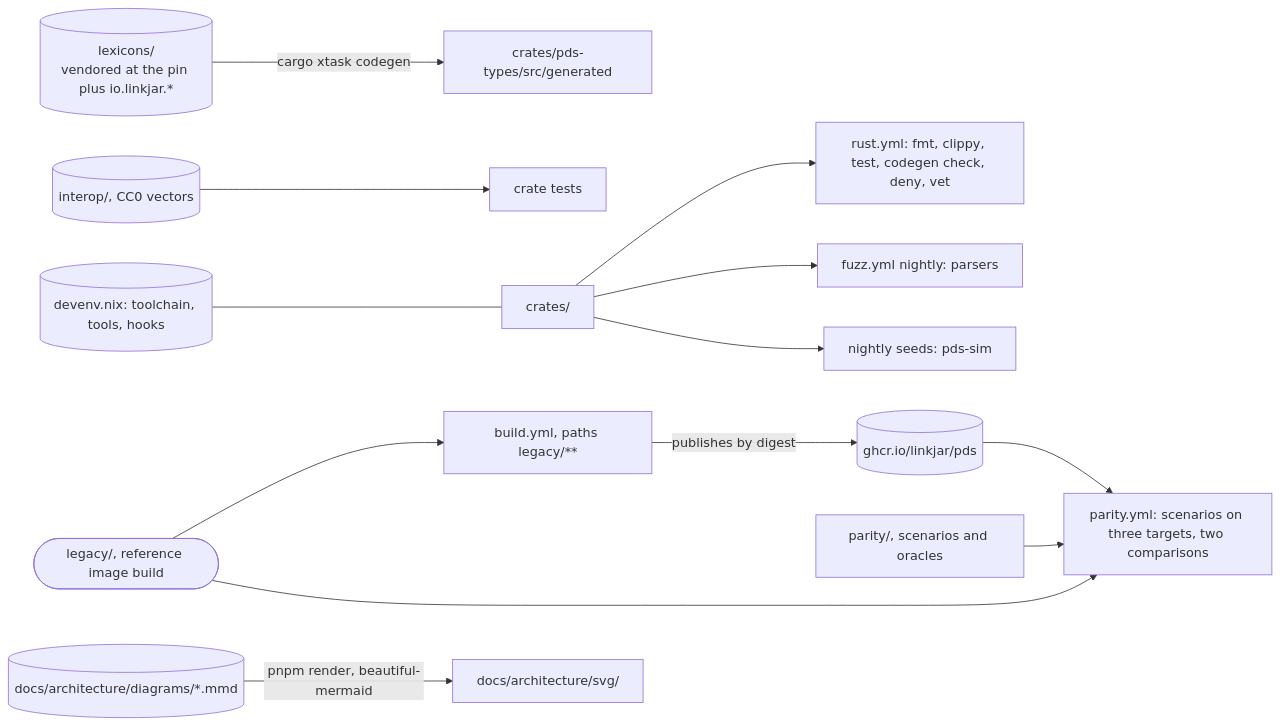
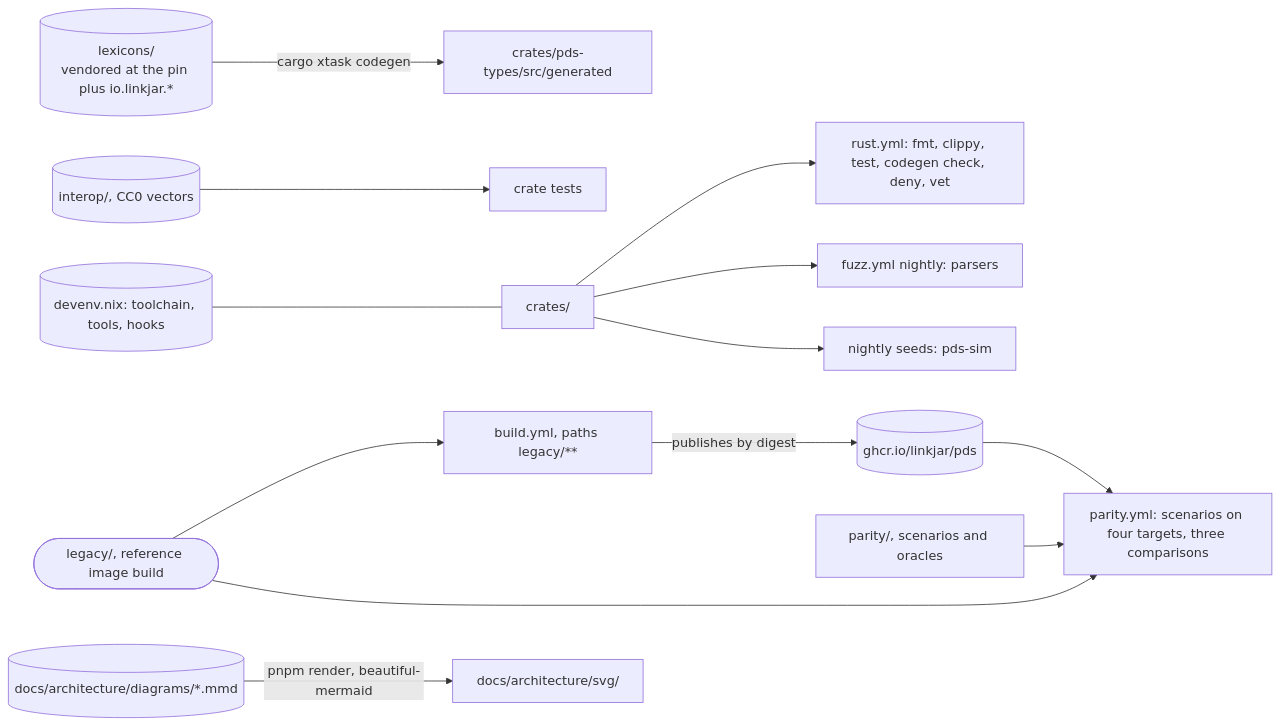
The diagram in docs/architecture/diagrams/18-repository.mmd (linkjar/pds), drawn with Mermaid before and after one commit. The commit also changed 9 other files, not shown here.

```diff
--- a/docs/architecture/diagrams/18-repository.mmd
+++ b/docs/architecture/diagrams/18-repository.mmd
@@ -1,13 +1,13 @@
 flowchart LR
   lex[(lexicons/<br/>vendored at the pin plus io.linkjar.*)] -- cargo xtask codegen --> gen[crates/pds-types/src/generated]
   interop[(interop/, CC0 vectors)] --> tests[crate tests]
   src[crates/] --> ci[rust.yml: fmt, clippy, test, codegen check, deny, vet]
   src --> fuzz[fuzz.yml nightly: parsers]
   src --> sim[nightly seeds: pds-sim]
   legacy([legacy/, reference image build]) --> build[build.yml, paths legacy/**]
   build -- publishes by digest --> image[(ghcr.io/linkjar/pds)]
-  parity[parity/, scenarios and oracles] --> gate[parity.yml: scenarios on three targets, two comparisons]
+  parity[parity/, scenarios and oracles] --> gate[parity.yml: scenarios on four targets, three comparisons]
   image --> gate
   legacy --> gate
   devenv[(devenv.nix: toolchain, tools, hooks)] --- src
   mmd[(docs/architecture/diagrams/*.mmd)] -- pnpm render, beautiful-mermaid --> svg[docs/architecture/svg/]
```
